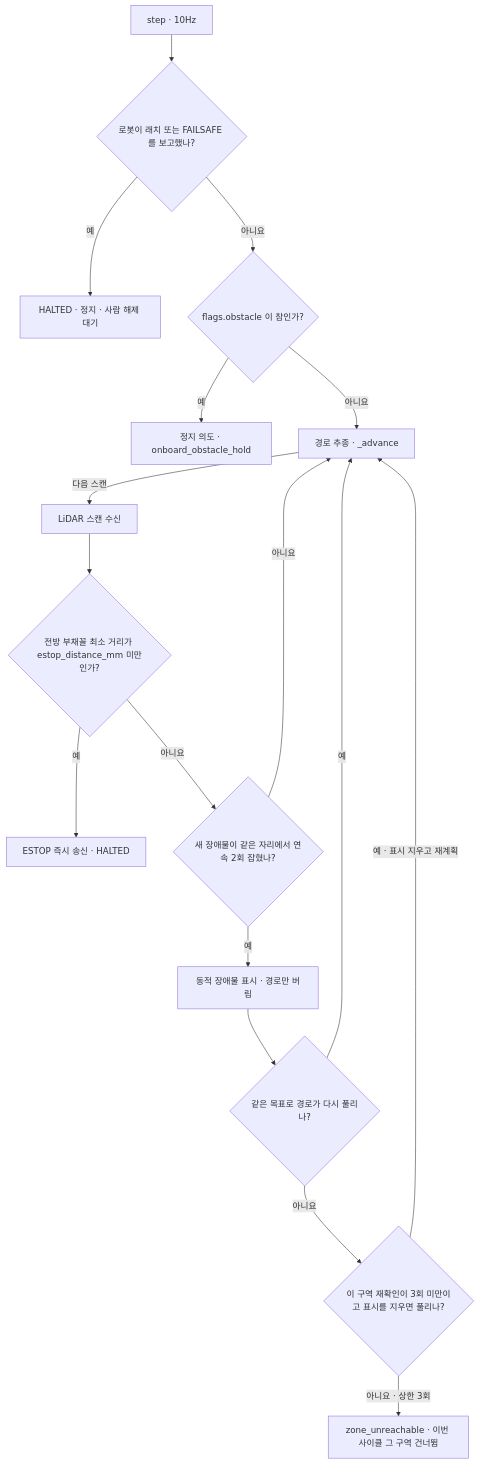
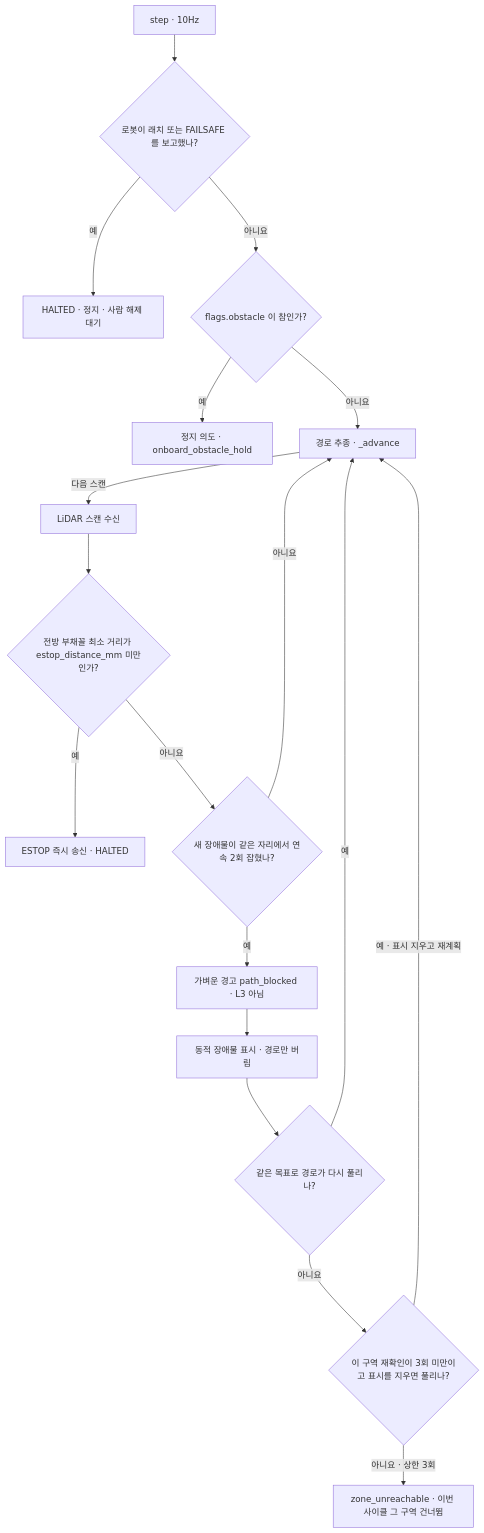
The second of 2 diagrams in docs/features/patrol-obstacle.md (PJW-1/mechadog), drawn with Mermaid before and after one commit. The commit also changed other lines of this file and 8 other files, not shown here.

````diff
--- a/docs/features/patrol-obstacle.md
+++ b/docs/features/patrol-obstacle.md
@@ -32,19 +34,20 @@
 ```mermaid
 flowchart TD
   S0["step · 10Hz"] --> LAT{"로봇이 래치 또는 FAILSAFE 를 보고했나?"}
   LAT -->|예| HALTED["HALTED · 정지 · 사람 해제 대기"]
   LAT -->|아니요| OBA{"flags.obstacle 이 참인가?"}
   OBA -->|예| HOLD["정지 의도 · onboard_obstacle_hold"]
   OBA -->|아니요| ADV["경로 추종 · _advance"]
   ADV -->|다음 스캔| SC["LiDAR 스캔 수신"]
   SC --> EST{"전방 부채꼴 최소 거리가 estop_distance_mm 미만인가?"}
   EST -->|예| ESTOP["ESTOP 즉시 송신 · HALTED"]
   EST -->|아니요| NEW{"새 장애물이 같은 자리에서 연속 2회 잡혔나?"}
   NEW -->|아니요| ADV
-  NEW -->|예| MARK["동적 장애물 표시 · 경로만 버림"]
+  NEW -->|예| WARN["가벼운 경고 path_blocked · L3 아님"]
+  WARN --> MARK["동적 장애물 표시 · 경로만 버림"]
   MARK --> RP{"같은 목표로 경로가 다시 풀리나?"}
   RP -->|예| ADV
   RP -->|아니요| RV{"이 구역 재확인이 3회 미만이고 표시를 지우면 풀리나?"}
   RV -->|예 · 표시 지우고 재계획| ADV
   RV -->|아니요 · 상한 3회| SKIP["zone_unreachable · 이번 사이클 그 구역 건너뜀"]
 ```
````
